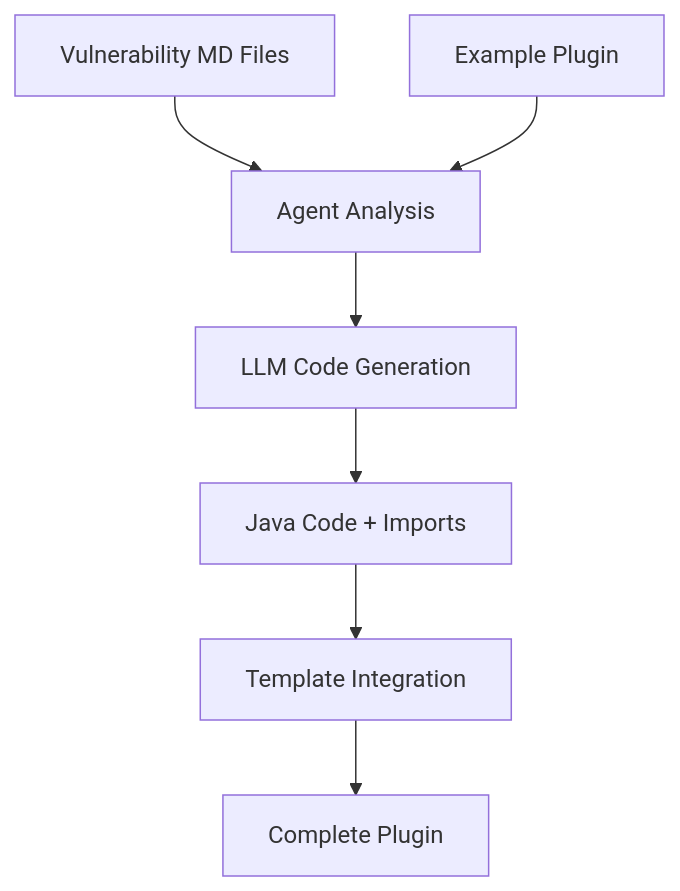
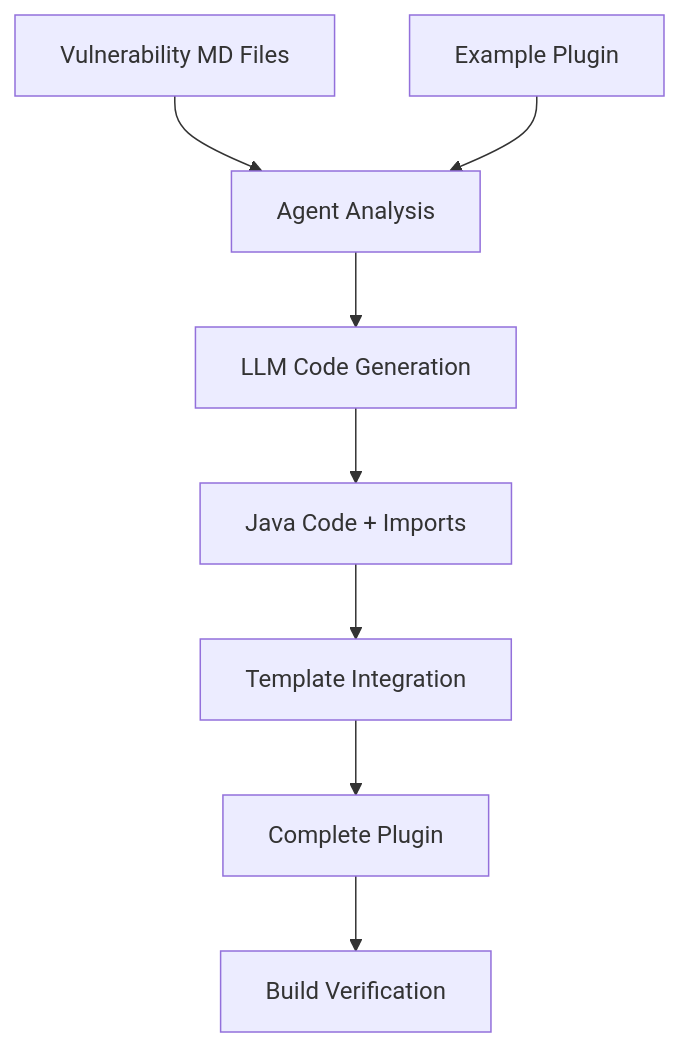
The diagram in README.md (jlb-jlb/Tsunami-Agent), drawn with Mermaid before and after one commit. The commit also changed other lines of this file and 5 other files, not shown here.

````diff
--- a/README.md
+++ b/README.md
@@ -99,9 +101,10 @@
 ```mermaid
 graph TD
     A[Vulnerability MD Files] --> B[Agent Analysis]
     C[Example Plugin] --> B
     B --> D[LLM Code Generation]
     D --> E[Java Code + Imports]
     E --> F[Template Integration]
     F --> G[Complete Plugin]
+    G --> H[Build Verification]
 ```
````
